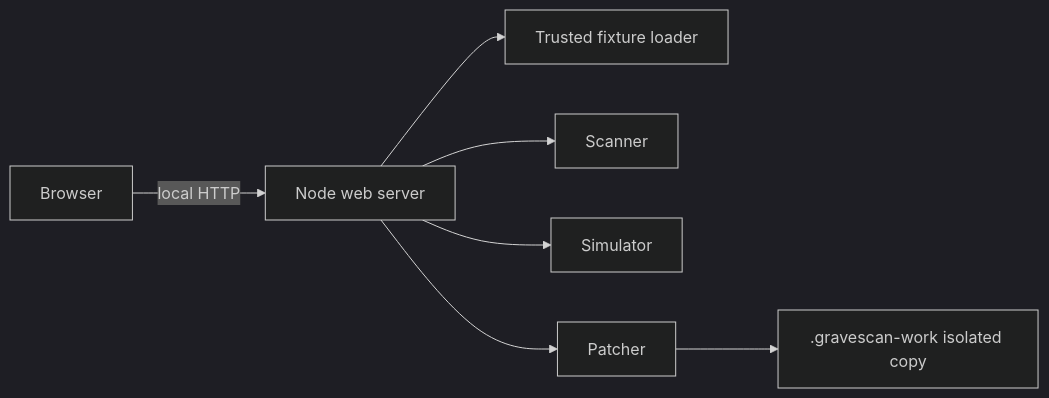
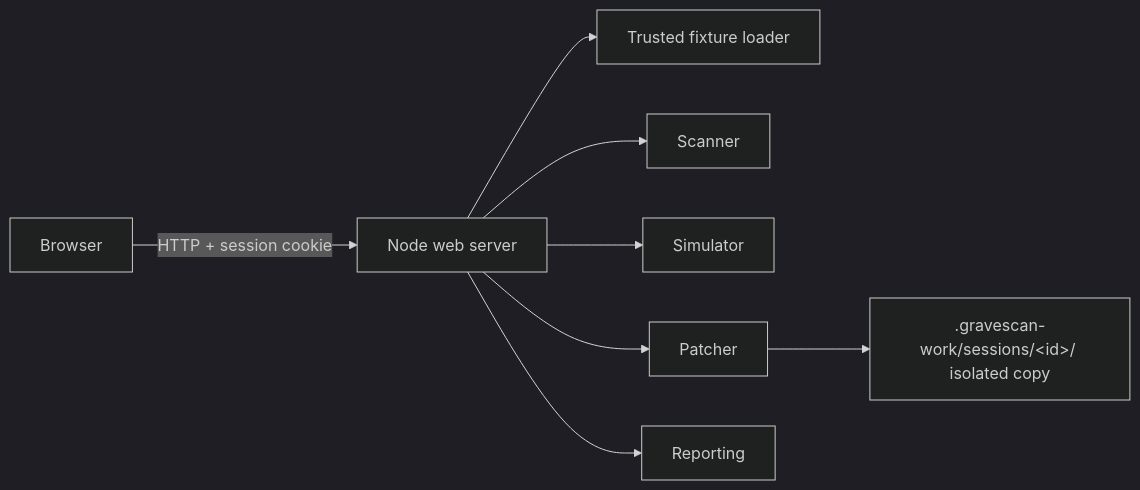
The diagram in .kiro/specs/05-product-ui-demo-flow/design.md (antonahmad-s/GraveScan), drawn with Mermaid (dark theme) before and after one commit. The commit also changed other lines of this file and 17 other files, not shown here.

````diff
--- a/.kiro/specs/05-product-ui-demo-flow/design.md
+++ b/.kiro/specs/05-product-ui-demo-flow/design.md
@@ -9,9 +16,10 @@
 ```mermaid
 flowchart LR
-  B[Browser] -->|local HTTP| W[Node web server]
+  B[Browser] -->|HTTP + session cookie| W[Node web server]
   W --> F[Trusted fixture loader]
   W --> S[Scanner]
   W --> R[Simulator]
   W --> P[Patcher]
-  P --> C[.gravescan-work isolated copy]
+  W --> X[Reporting]
+  P --> C[".gravescan-work/sessions/&lt;id&gt;/ isolated copy"]
 ```
````
